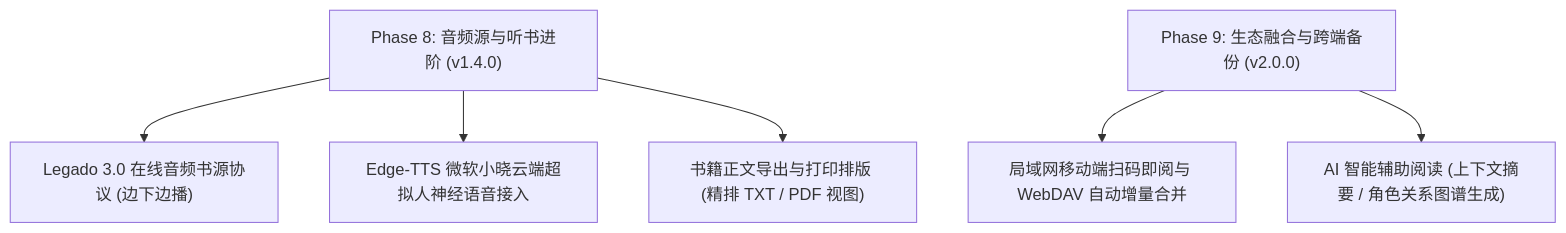
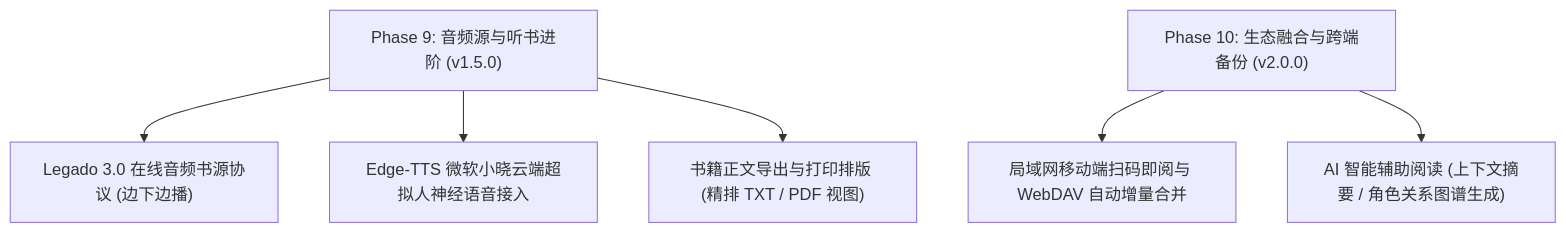
One commit to TttXxx36/legado-windows changed the diagram in docs/planning/ROADMAP.md. Above: the diagram before and after it, drawn with Mermaid. The commit also changed other lines of this file and 6 other files, not shown here.

Commit message:
docs(v1.4.0): bump version to 1.4.0 and synchronize roadmap, test guide, breakthroughs, and audit

````diff
--- a/docs/planning/ROADMAP.md
+++ b/docs/planning/ROADMAP.md
@@ -90,9 +114,9 @@
 ```mermaid
 flowchart TD
-    Phase8["Phase 8: 音频源与听书进阶 (v1.4.0)"] --> P8_1["Legado 3.0 在线音频书源协议 (边下边播)"]
-    Phase8 --> P8_2["Edge-TTS 微软小晓云端超拟人神经语音接入"]
-    Phase8 --> P8_3["书籍正文导出与打印排版 (精排 TXT / PDF 视图)"]
+    Phase9["Phase 9: 音频源与听书进阶 (v1.5.0)"] --> P9_1["Legado 3.0 在线音频书源协议 (边下边播)"]
+    Phase9 --> P9_2["Edge-TTS 微软小晓云端超拟人神经语音接入"]
+    Phase9 --> P9_3["书籍正文导出与打印排版 (精排 TXT / PDF 视图)"]
     
-    Phase9["Phase 9: 生态融合与跨端备份 (v2.0.0)"] --> P9_1["局域网移动端扫码即阅与 WebDAV 自动增量合并"]
-    Phase9 --> P9_2["AI 智能辅助阅读 (上下文摘要 / 角色关系图谱生成)"]
+    Phase10["Phase 10: 生态融合与跨端备份 (v2.0.0)"] --> P10_1["局域网移动端扫码即阅与 WebDAV 自动增量合并"]
+    Phase10 --> P10_2["AI 智能辅助阅读 (上下文摘要 / 角色关系图谱生成)"]
 ```
````
